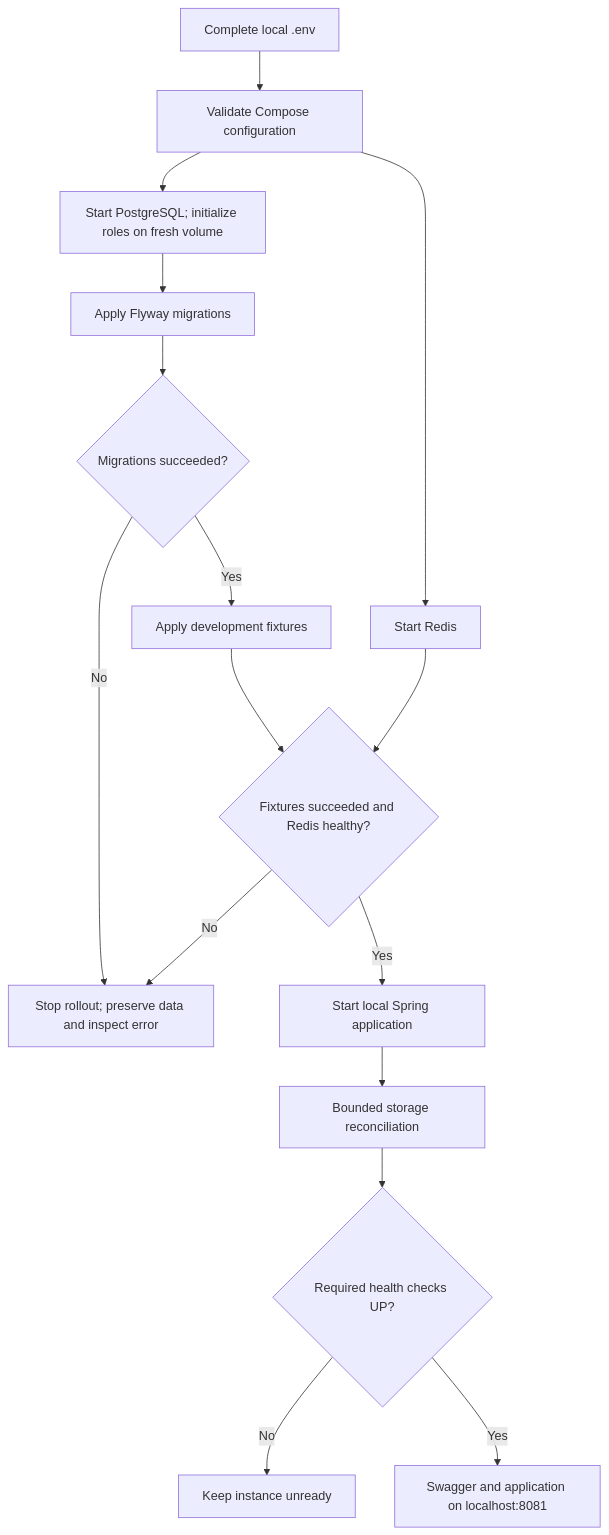
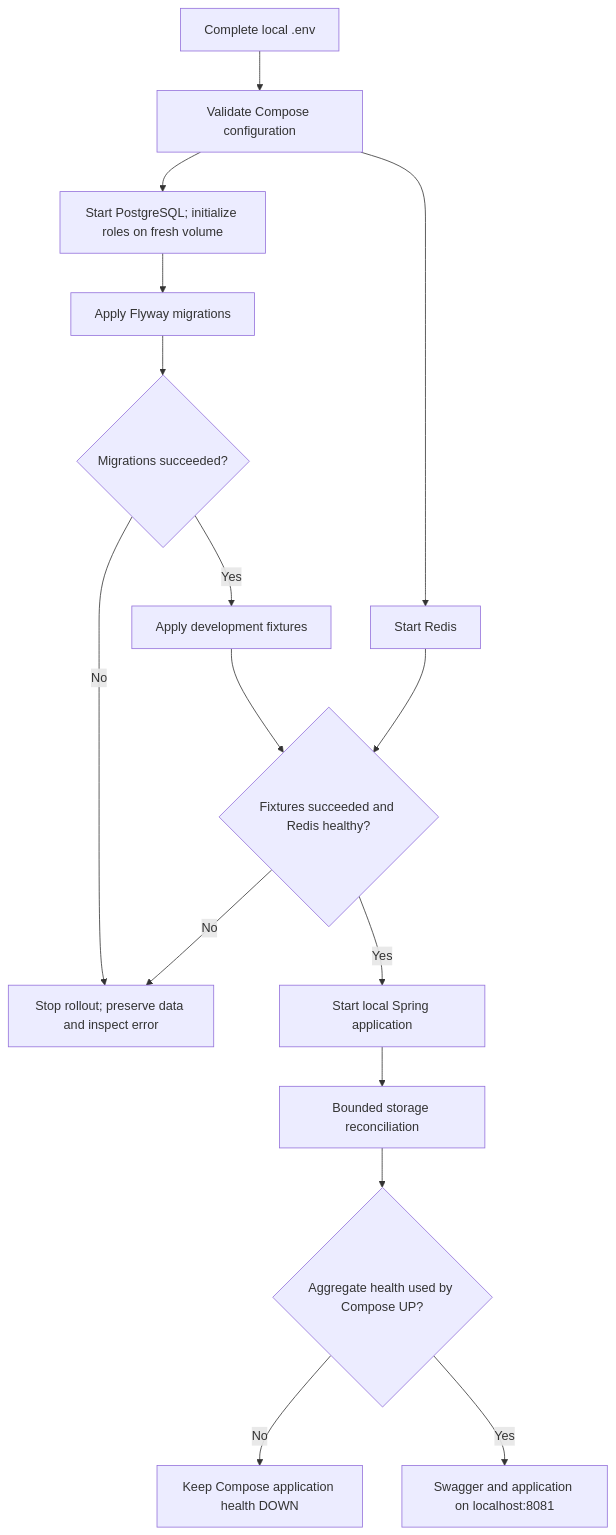
The first of 32 diagrams in docs/technical-workflows.md (younessFathi/auto-parto), drawn with Mermaid before and after one commit. The commit also changed other lines of this file and 1 other file, not shown here.

Commit message:
docs: distinguish aggregate storage health from readiness probe

````diff
--- a/docs/technical-workflows.md
+++ b/docs/technical-workflows.md
@@ -54,18 +54,18 @@
 ```mermaid
 flowchart TD
     ENV["Complete local .env"] --> CHECK["Validate Compose configuration"]
     CHECK --> PG["Start PostgreSQL; initialize roles on fresh volume"]
     CHECK --> REDIS["Start Redis"]
     PG --> MIG["Apply Flyway migrations"]
     MIG --> MOK{"Migrations succeeded?"}
     MOK -->|No| STOP["Stop rollout; preserve data and inspect error"]
     MOK -->|Yes| FIX["Apply development fixtures"]
     FIX --> READY{"Fixtures succeeded and Redis healthy?"}
     REDIS --> READY
     READY -->|No| STOP
     READY -->|Yes| APP["Start local Spring application"]
     APP --> RECON["Bounded storage reconciliation"]
-    RECON --> HEALTH{"Required health checks UP?"}
-    HEALTH -->|No| DOWN["Keep instance unready"]
+    RECON --> HEALTH{"Aggregate health used by Compose UP?"}
+    HEALTH -->|No| DOWN["Keep Compose application health DOWN"]
     HEALTH -->|Yes| UI["Swagger and application on localhost:8081"]
 ```
````
